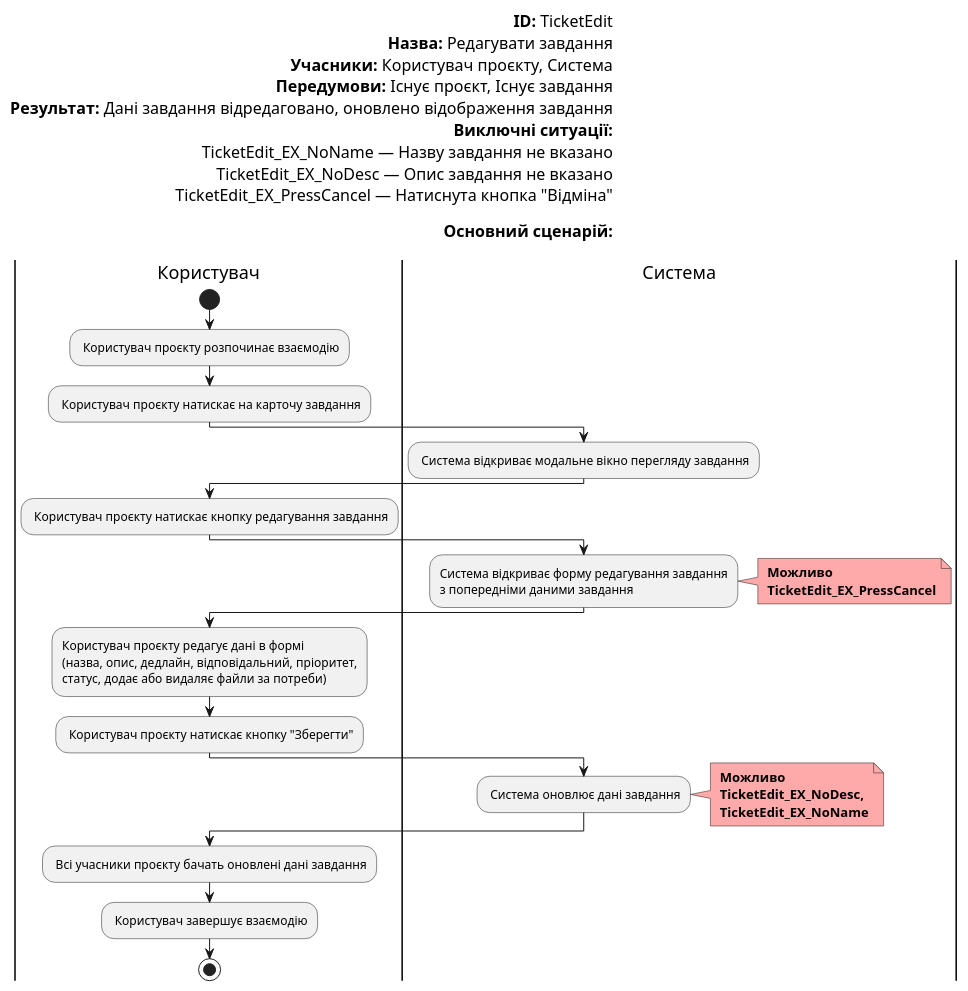
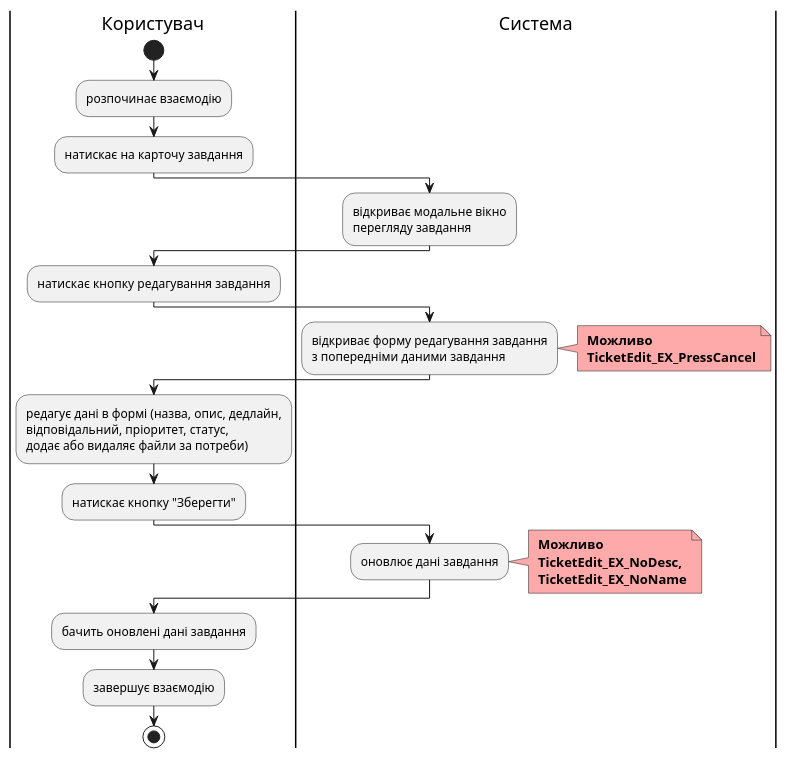
Before and after one commit to yaryna-bashchak/db_course_work: diagram 12 of 24 in docs/use cases/README.md, drawn with PlantUML. The commit also changed other lines of this file, not shown here.

Commit message:
updated diagrams for user cases

```diff
--- a/docs/use cases/README.md
+++ b/docs/use cases/README.md
@@ -533,50 +523,36 @@
 @startuml
-
-    left header
-        <font color=000 size=16><b>ID:</b> TicketEdit
-        <font color=000 size=16><b>Назва:</b> Редагувати завдання
-        <font color=000 size=16><b>Учасники:</b> Користувач проєкту, Cистема
-        <font color=000 size=16><b>Передумови:</b> Існує проєкт, Існує завдання
-        <font color=000 size=16><b>Результат:</b> Дані завдання відредаговано, оновлено відображення завдання
-        <font color=000 size=16><b>Виключні ситуації:</b>
-        <font color=000 size=16>TicketEdit_EX_NoName — Назву завдання не вказано
-        <font color=000 size=16>TicketEdit_EX_NoDesc — Опис завдання не вказано
-        <font color=000 size=16>TicketEdit_EX_PressCancel — Натиснута кнопка "Відміна"
-        
-        <font color=000 size=16><b>Основний сценарій:</b>
-        
-    end header
 
     |Користувач|
         start
-        : Користувач проєкту розпочинає взаємодію;
-        : Користувач проєкту натискає на карточу завдання;
+        :розпочинає взаємодію;
+        :натискає на карточу завдання;
     |Система|
-        : Система відкриває модальне вікно перегляду завдання;
+        :відкриває модальне вікно 
+        перегляду завдання;
     |Користувач|
-        : Користувач проєкту натискає кнопку редагування завдання;
+        :натискає кнопку редагування завдання;
     |Система|
-        :Система відкриває форму редагування завдання
+        :відкриває форму редагування завдання
         з попередніми даними завдання;
         note right #ffaaaa
         <b> Можливо
         <b> TicketEdit_EX_PressCancel
         end note
     |Користувач|    
-        :Користувач проєкту редагує дані в формі
-        (назва, опис, дедлайн, відповідальний, пріоритет,
-        статус, додає або видаляє файли за потреби);
-        : Користувач проєкту натискає кнопку "Зберегти";
+        :редагує дані в формі (назва, опис, дедлайн, 
+        відповідальний, пріоритет, статус, 
+        додає або видаляє файли за потреби);
+        :натискає кнопку "Зберегти";
     |Система|
-        : Система оновлює дані завдання;
+        :оновлює дані завдання;
         note right #ffaaaa
         <b> Можливо
         <b> TicketEdit_EX_NoDesc,
         <b> TicketEdit_EX_NoName
         end note
     |Користувач|
-        : Всі учасники проєкту бачать оновлені дані завдання;
-        : Користувач завершує взаємодію;
+        :бачить оновлені дані завдання;
+        :завершує взаємодію;
         stop;
 
 @enduml
```
